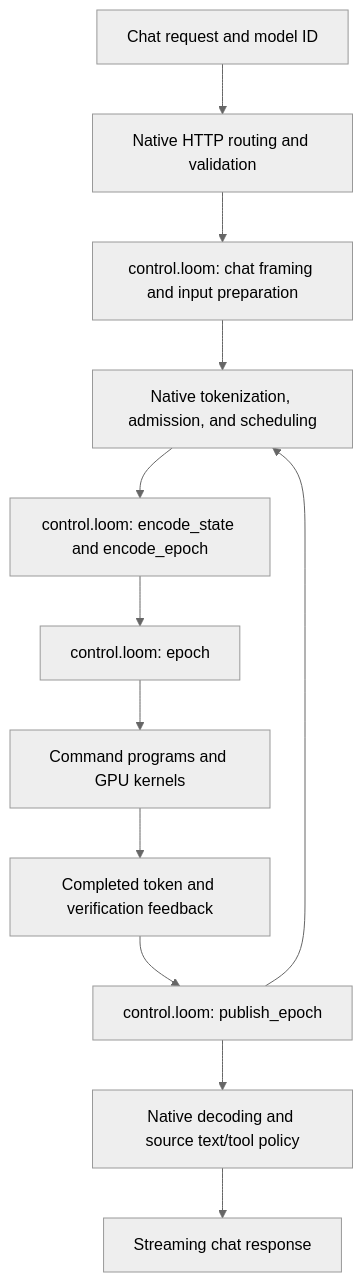
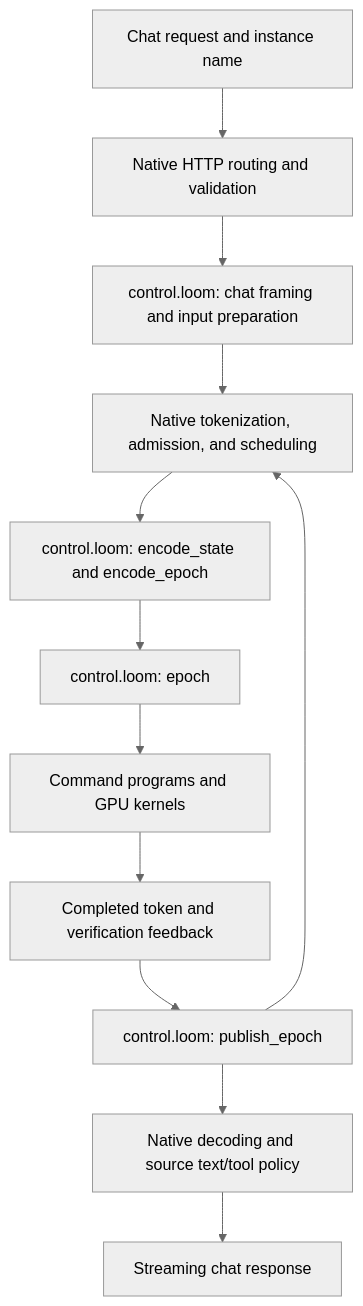
One commit to ROCm/hrx-solutions changed the diagram in loom-pipeline/llm/README.md. Above: the diagram before and after it, drawn with Mermaid (neutral theme). The commit also changed other lines of this file and 34 other files, not shown here.

````diff
--- a/loom-pipeline/llm/README.md
+++ b/loom-pipeline/llm/README.md
@@ -251,14 +258,14 @@
 ```mermaid
 flowchart TD
-  request[Chat request and model ID] --> http[Native HTTP routing and validation]
+  request[Chat request and instance name] --> http[Native HTTP routing and validation]
   http --> framing[control.loom: chat framing and input preparation]
   framing --> admission[Native tokenization, admission, and scheduling]
   admission --> encode[control.loom: encode_state and encode_epoch]
   encode --> issue[control.loom: epoch]
   issue --> commands[Command programs and GPU kernels]
   commands --> feedback[Completed token and verification feedback]
   feedback --> publish[control.loom: publish_epoch]
   publish --> output[Native decoding and source text/tool policy]
   output --> stream[Streaming chat response]
   publish --> admission
 ```
````
